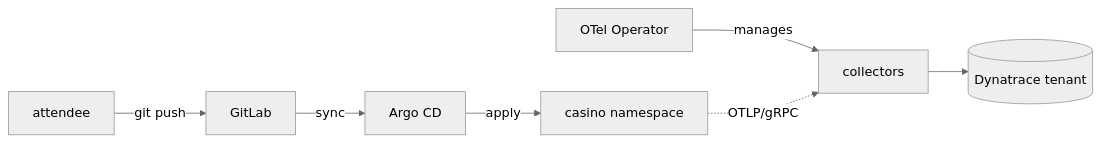
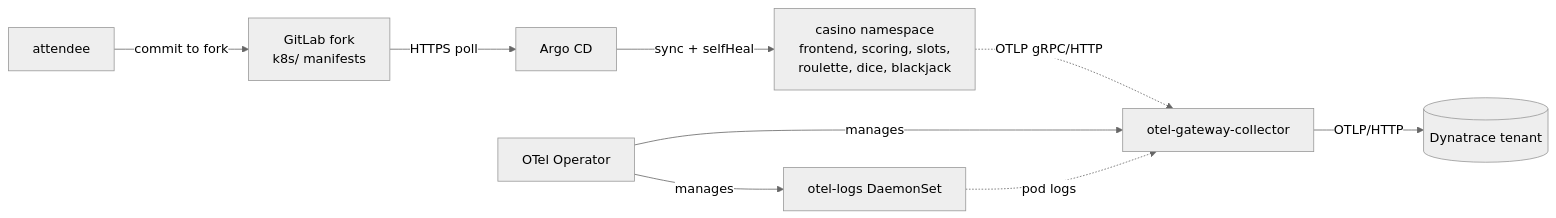
Before and after one commit to henrikrexed/Otel-Training: the first of 2 diagrams in docs-site/advanced/environment.md, drawn with Mermaid (neutral theme). The commit also changed other lines of this file and 7 other files, not shown here.

````diff
--- a/docs-site/advanced/environment.md
+++ b/docs-site/advanced/environment.md
@@ -13,9 +14,11 @@
 ```mermaid
 flowchart LR
-  dev["attendee"] -->|git push| gitlab["GitLab"]
-  gitlab -->|sync| argo["Argo CD"]
-  argo -->|apply| casino["casino namespace"]
-  operator["OTel Operator"] -->|manages| collectors["collectors"]
-  casino -. "OTLP/gRPC" .-> collectors
-  collectors --> dt[("Dynatrace tenant")]
+  you["attendee"] -->|commit to fork| gitlab["GitLab fork<br/>k8s/ manifests"]
+  gitlab -->|HTTPS poll| argo["Argo CD"]
+  argo -->|sync + selfHeal| casino["casino namespace<br/>frontend, scoring, slots,<br/>roulette, dice, blackjack"]
+  operator["OTel Operator"] -->|manages| gw["otel-gateway-collector"]
+  operator -->|manages| logs["otel-logs DaemonSet"]
+  casino -. "OTLP gRPC/HTTP" .-> gw
+  logs -. "pod logs" .-> gw
+  gw -->|OTLP/HTTP| dt[("Dynatrace tenant")]
 ```
````
